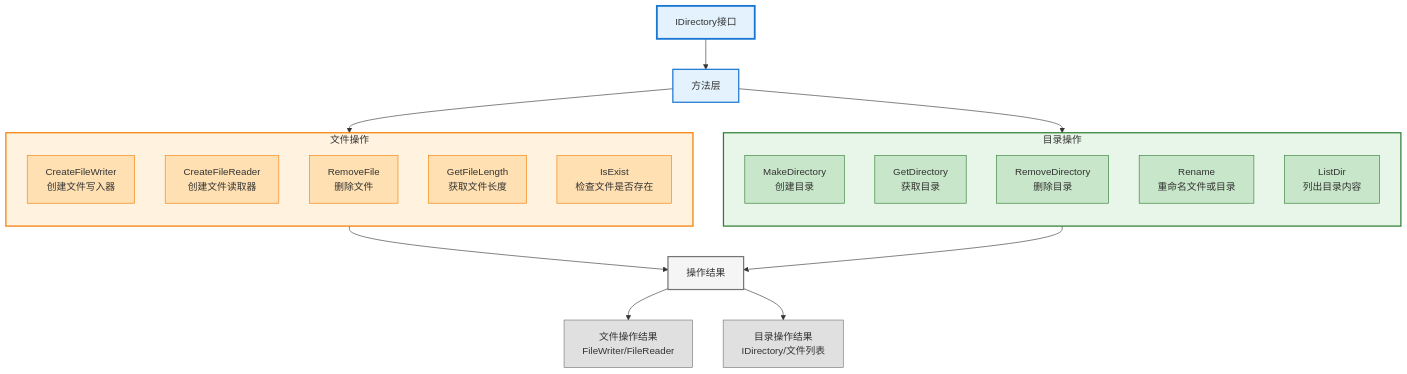
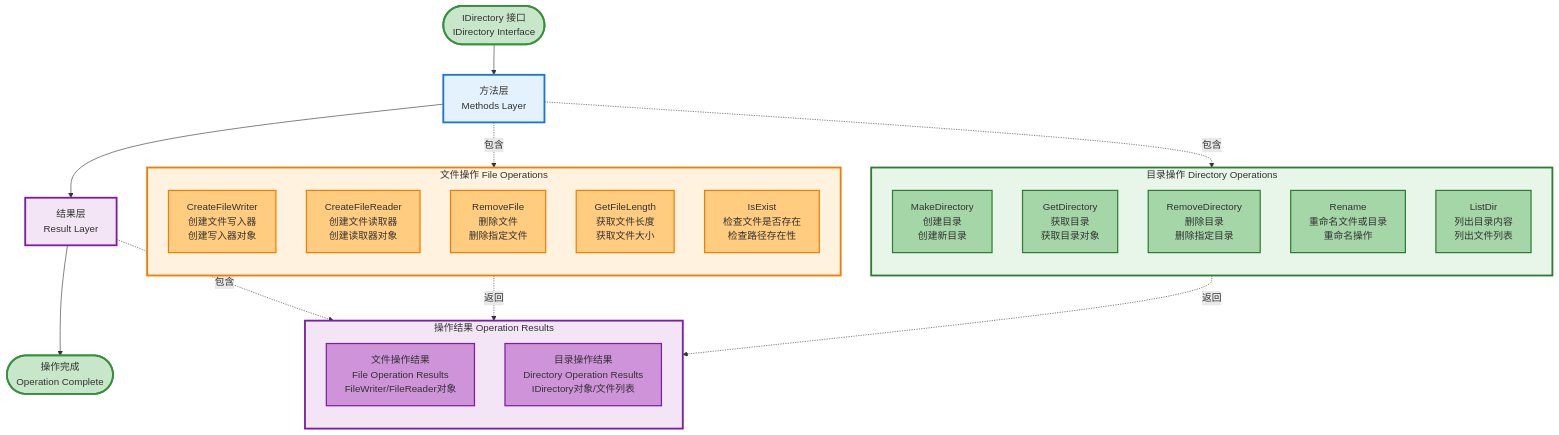
The tenth of 31 diagrams in _posts/2025-07-28-indexlib-10-filesystem-storage.md (zhouzhilong-commits/zhouzhilong-commits.github.io), drawn with Mermaid before and after one commit. The commit also changed other lines of this file and 6 other files, not shown here.

````diff
--- a/_posts/2025-07-28-indexlib-10-filesystem-storage.md
+++ b/_posts/2025-07-28-indexlib-10-filesystem-storage.md
@@ -602,49 +832,59 @@
 ```mermaid
-flowchart TD
-    Start[IDirectory接口] --> MethodLayer[方法层]
+flowchart TB
+    Start([IDirectory 接口<br/>IDirectory Interface]) --> MethodLayer[方法层<br/>Methods Layer]
     
-    subgraph FileOpsGroup["文件操作"]
+    subgraph FileOpsGroup["文件操作 File Operations"]
         direction TB
-        FO1[CreateFileWriter<br/>创建文件写入器]
-        FO2[CreateFileReader<br/>创建文件读取器]
-        FO3[RemoveFile<br/>删除文件]
-        FO4[GetFileLength<br/>获取文件长度]
-        FO5[IsExist<br/>检查文件是否存在]
+        FO1[CreateFileWriter<br/>创建文件写入器<br/>创建写入器对象]
+        FO2[CreateFileReader<br/>创建文件读取器<br/>创建读取器对象]
+        FO3[RemoveFile<br/>删除文件<br/>删除指定文件]
+        FO4[GetFileLength<br/>获取文件长度<br/>获取文件大小]
+        FO5[IsExist<br/>检查文件是否存在<br/>检查路径存在性]
     end
     
-    subgraph DirOpsGroup["目录操作"]
+    subgraph DirOpsGroup["目录操作 Directory Operations"]
         direction TB
-        DO1[MakeDirectory<br/>创建目录]
-        DO2[GetDirectory<br/>获取目录]
-        DO3[RemoveDirectory<br/>删除目录]
-        DO4[Rename<br/>重命名文件或目录]
-        DO5[ListDir<br/>列出目录内容]
+        DO1[MakeDirectory<br/>创建目录<br/>创建新目录]
+        DO2[GetDirectory<br/>获取目录<br/>获取目录对象]
+        DO3[RemoveDirectory<br/>删除目录<br/>删除指定目录]
+        DO4[Rename<br/>重命名文件或目录<br/>重命名操作]
+        DO5[ListDir<br/>列出目录内容<br/>列出文件列表]
     end
     
-    MethodLayer --> FileOpsGroup
-    MethodLayer --> DirOpsGroup
+    MethodLayer --> ResultLayer[结果层<br/>Result Layer]
     
-    FileOpsGroup --> Result[操作结果]
-    DirOpsGroup --> Result
+    subgraph ResultGroup["操作结果 Operation Results"]
+        direction TB
+        R1[文件操作结果<br/>File Operation Results<br/>FileWriter/FileReader对象]
+        R2[目录操作结果<br/>Directory Operation Results<br/>IDirectory对象/文件列表]
+    end
     
-    Result --> R1[文件操作结果<br/>FileWriter/FileReader]
-    Result --> R2[目录操作结果<br/>IDirectory/文件列表]
+    ResultLayer --> End([操作完成<br/>Operation Complete])
     
-    style Start fill:#e3f2fd,stroke:#1976d2,stroke-width:3px
-    style MethodLayer fill:#e3f2fd,stroke:#1976d2,stroke-width:2px
-    style FileOpsGroup fill:#fff3e0,stroke:#f57c00,stroke-width:2px
-    style FO1 fill:#ffe0b2,stroke:#f57c00,stroke-width:1px
-    style FO2 fill:#ffe0b2,stroke:#f57c00,stroke-width:1px
-    style FO3 fill:#ffe0b2,stroke:#f57c00,stroke-width:1px
-    style FO4 fill:#ffe0b2,stroke:#f57c00,stroke-width:1px
-    style FO5 fill:#ffe0b2,stroke:#f57c00,stroke-width:1px
-    style DirOpsGroup fill:#e8f5e9,stroke:#2e7d32,stroke-width:2px
-    style DO1 fill:#c8e6c9,stroke:#2e7d32,stroke-width:1px
-    style DO2 fill:#c8e6c9,stroke:#2e7d32,stroke-width:1px
-    style DO3 fill:#c8e6c9,stroke:#2e7d32,stroke-width:1px
-    style DO4 fill:#c8e6c9,stroke:#2e7d32,stroke-width:1px
-    style DO5 fill:#c8e6c9,stroke:#2e7d32,stroke-width:1px
-    style Result fill:#f5f5f5,stroke:#757575,stroke-width:2px
-    style R1 fill:#e0e0e0,stroke:#757575,stroke-width:1px
-    style R2 fill:#e0e0e0,stroke:#757575,stroke-width:1px
+    MethodLayer -.->|包含| FileOpsGroup
+    MethodLayer -.->|包含| DirOpsGroup
+    ResultLayer -.->|包含| ResultGroup
+    
+    FileOpsGroup -.->|返回| R1
+    DirOpsGroup -.->|返回| R2
+    
+    style Start fill:#c8e6c9,stroke:#388e3c,stroke-width:3px
+    style End fill:#c8e6c9,stroke:#388e3c,stroke-width:3px
+    style MethodLayer fill:#e3f2fd,stroke:#1976d2,stroke-width:3px
+    style ResultLayer fill:#f3e5f5,stroke:#7b1fa2,stroke-width:3px
+    style FileOpsGroup fill:#fff3e0,stroke:#f57c00,stroke-width:3px
+    style FO1 fill:#ffcc80,stroke:#f57c00,stroke-width:2px
+    style FO2 fill:#ffcc80,stroke:#f57c00,stroke-width:2px
+    style FO3 fill:#ffcc80,stroke:#f57c00,stroke-width:2px
+    style FO4 fill:#ffcc80,stroke:#f57c00,stroke-width:2px
+    style FO5 fill:#ffcc80,stroke:#f57c00,stroke-width:2px
+    style DirOpsGroup fill:#e8f5e9,stroke:#2e7d32,stroke-width:3px
+    style DO1 fill:#a5d6a7,stroke:#2e7d32,stroke-width:2px
+    style DO2 fill:#a5d6a7,stroke:#2e7d32,stroke-width:2px
+    style DO3 fill:#a5d6a7,stroke:#2e7d32,stroke-width:2px
+    style DO4 fill:#a5d6a7,stroke:#2e7d32,stroke-width:2px
+    style DO5 fill:#a5d6a7,stroke:#2e7d32,stroke-width:2px
+    style ResultGroup fill:#f3e5f5,stroke:#7b1fa2,stroke-width:3px
+    style R1 fill:#ce93d8,stroke:#7b1fa2,stroke-width:2px
+    style R2 fill:#ce93d8,stroke:#7b1fa2,stroke-width:2px
 ```
````
